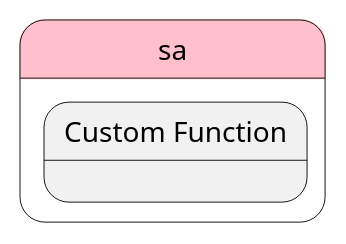
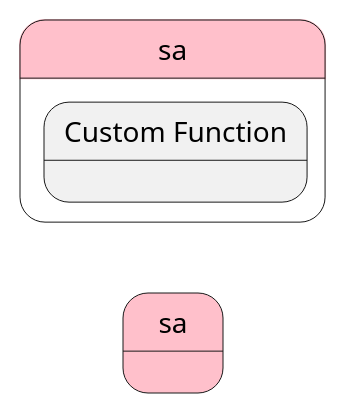
The diagram in docs/edgemere/sa/process.puml (madajaju/edgemere), drawn with PlantUML before and after one commit. The commit also changed 775 other files, not shown here.

```diff
--- a/docs/edgemere/sa/process.puml
+++ b/docs/edgemere/sa/process.puml
@@ -1,18 +1,18 @@
 @startuml
 left to right direction
 
 
 state "sa" as sa #pink {
 }
 
 
-state sa #pink {
+state "sa" as pstatename #pink {
     state "Custom Function" as safunction {
     }
 }
 
 
 
 
 
 @enduml
```
